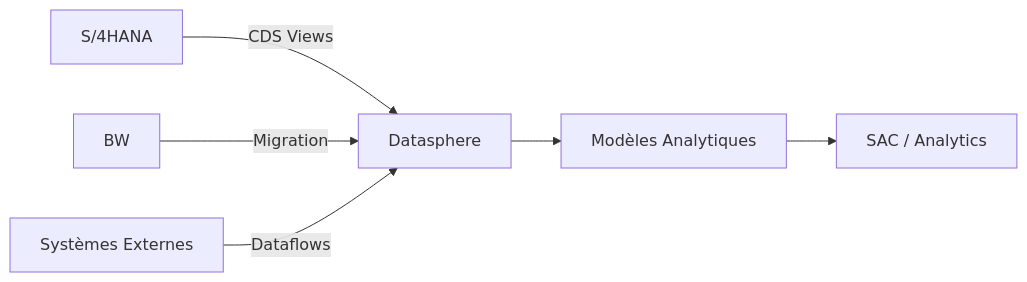
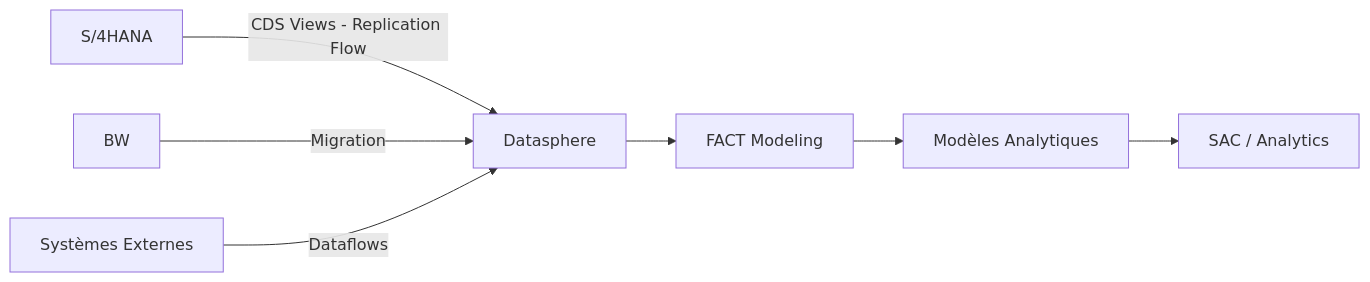
Before and after one commit to psand72/apir-sap-km: the diagram in docs/datasphere/index.md, drawn with Mermaid. The commit also changed other lines of this file, not shown here.

````diff
--- a/docs/datasphere/index.md
+++ b/docs/datasphere/index.md
@@ -12,8 +12,9 @@
 ```mermaid
 graph LR
-    A[S/4HANA] -->|CDS Views| B[Datasphere]
+    A[S/4HANA] -->|CDS Views - Replication Flow| B[Datasphere]
     C[BW] -->|Migration| B
     D[Systèmes Externes] -->|Dataflows| B
-    B --> E[Modèles Analytiques]
-    E --> F[SAC / Analytics]
+    B --> E[FACT Modeling]
+    E --> F[Modèles Analytiques]
+    F --> G[SAC / Analytics]
 ```
````
